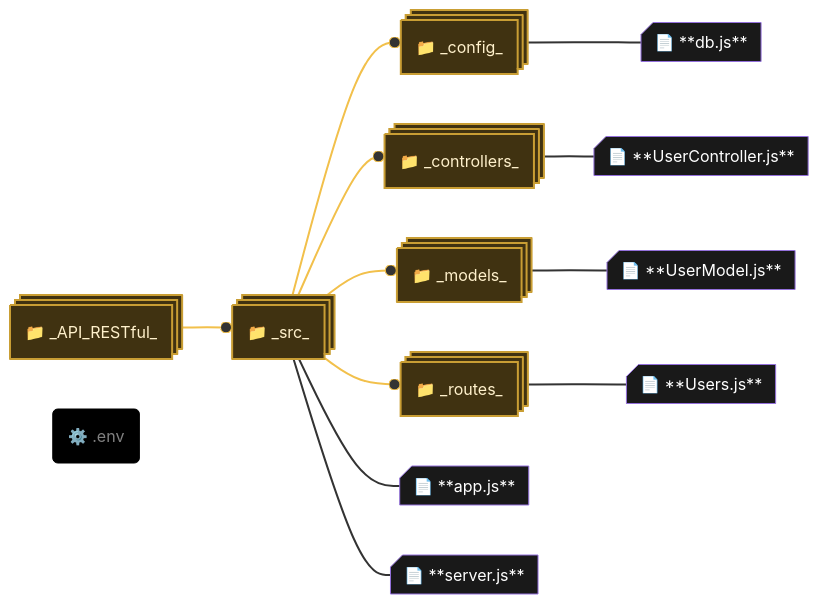
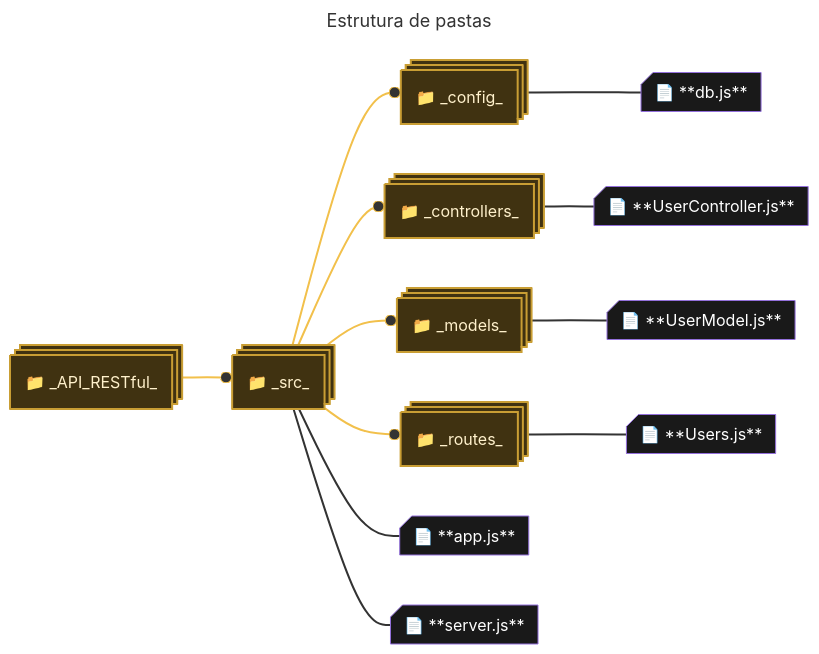
The diagram in README.md (henrygoncalvess/API_REST_fastify), drawn with Mermaid before and after one commit. The commit also changed other lines of this file, not shown here.

Commit message:
removendo 'estrutura de pasta e add dentro do mermaid graph'

````diff
--- a/README.md
+++ b/README.md
@@ -27,48 +25,48 @@
 ``` mermaid
+---
+title:  Estrutura de pastas
+---
 flowchart LR
     crud("📁 _API_RESTful_")@{ shape: processes }
     crud --o src("📁 _src_")@{ shape: processes }
     src --o config("📁 _config_")@{ shape: processes }
     config --- db.js("📄 **db.js**")@{ shape: card }
     src --o controllers("📁 _controllers_")@{ shape: processes }
     controllers --- UserController.js("📄 **UserController.js**")@{ shape: card }
     src --o models("📁 _models_")@{ shape: processes }
     models --- UserModel.js("📄 **UserModel.js**")@{ shape: card }
     src --o routes("📁 _routes_")@{ shape: processes }
     routes --- Users.js("📄 **Users.js**")@{ shape: card }
     src --- app.js("📄 **app.js**")@{ shape: card }
     src --- server.js("📄 **server.js**")@{ shape: card }
-    env("⚙️ .env")
 
     %%CLASSES
     classDef default fill:#191919,color:white;
     
     classDef pasta fill:#403211,stroke:#c99e34,stroke-width:2px,color:#fff1cc;
-    classDef envStyle fill:#000000,stroke:#000000,color:gray;
 
     %%aplicação de classes
     class crud,src,config,controllers,models,routes pasta
-    class env envStyle
 
 
 
     %%LINKS
     
     %%pastas
     linkStyle 0,1,3,5,7 stroke:#f2c04b
 
     %%arquivos
     linkStyle default stroke-width:2px;
 
     click src "https://github.com/henrygoncalvess/API_RESTful/tree/main/src"
     click config "https://github.com/henrygoncalvess/API_RESTful/tree/main/src/config"
     click db.js "https://github.com/henrygoncalvess/API_RESTful/tree/main/src/config/db.js"
     click controllers "https://github.com/henrygoncalvess/API_RESTful/tree/main/src/controllers"
     click UserController.js "https://github.com/henrygoncalvess/API_RESTful/tree/main/src/controllers/UserController.js"
     click models "https://github.com/henrygoncalvess/API_RESTful/tree/main/src/models"
     click UserModel.js "https://github.com/henrygoncalvess/API_RESTful/tree/main/src/models/UserModel.js"
     click routes "https://github.com/henrygoncalvess/API_RESTful/tree/main/src/routes"
     click Users.js "https://github.com/henrygoncalvess/API_RESTful/tree/main/src/routes/users.js"
     click app.js "https://github.com/henrygoncalvess/API_RESTful/tree/main/src/app.js"
     click server.js "https://github.com/henrygoncalvess/API_RESTful/tree/main/src/server.js"
 ```
````
